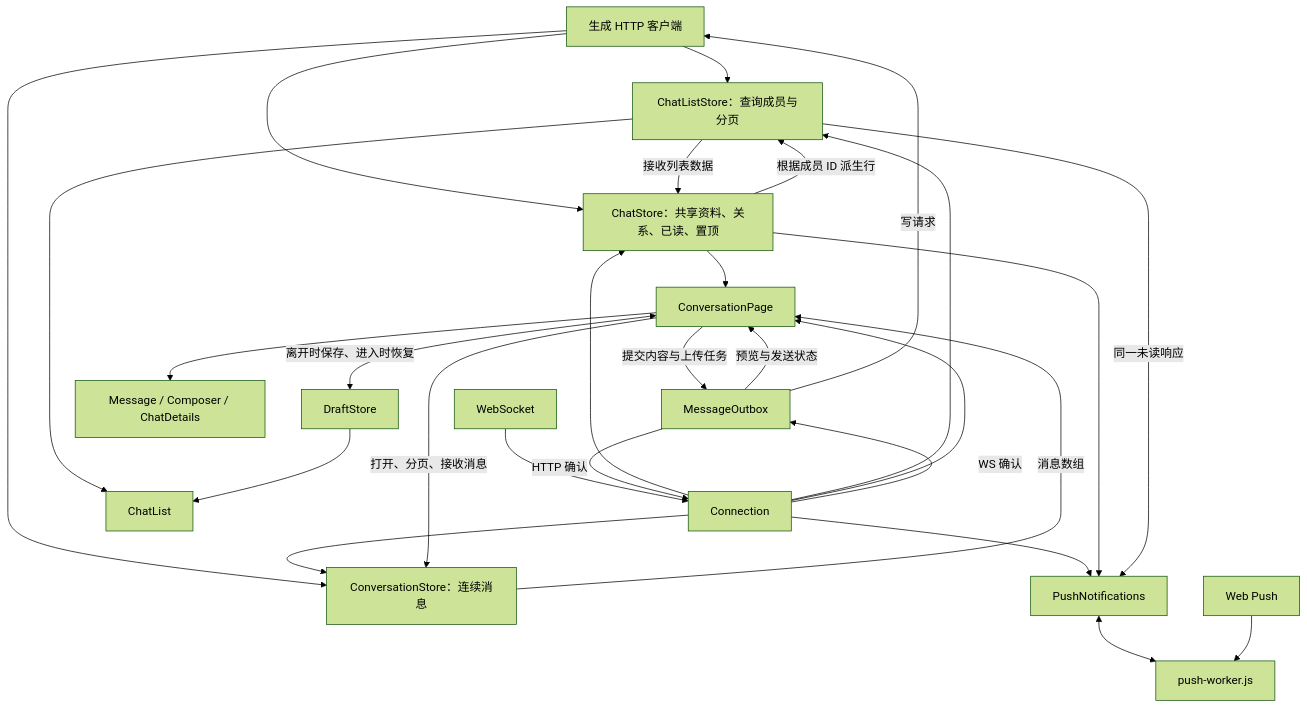
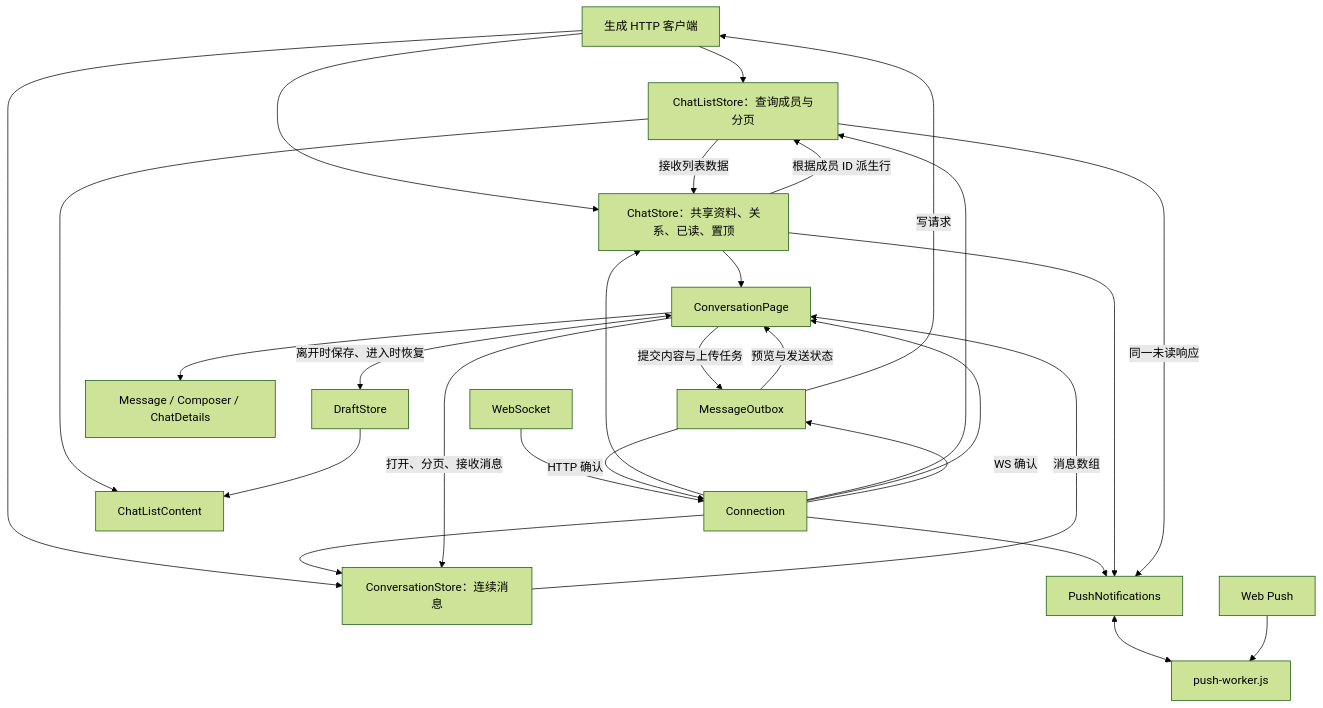
Before and after one commit to chahua-im/chahua: the diagram in pwa/docs/data-flow.md, drawn with Mermaid (forest theme). The commit also changed other lines of this file and 66 other files, not shown here.

````diff
--- a/pwa/docs/data-flow.md
+++ b/pwa/docs/data-flow.md
@@ -24,30 +26,30 @@
 ```mermaid
 flowchart TD
   API[生成 HTTP 客户端] --> LISTS[ChatListStore：查询成员与分页]
   API --> CHAT[ChatStore：共享资料、关系、已读、置顶]
   API --> RANGE[ConversationStore：连续消息]
   WS[WebSocket] --> CONNECTION[Connection]
   CONNECTION --> CHAT
   CONNECTION --> LISTS
   CONNECTION --> RANGE
   CONNECTION --> PAGE[ConversationPage]
   LISTS -->|接收列表数据| CHAT
   CHAT -->|根据成员 ID 派生行| LISTS
-  LISTS --> LIST[ChatList]
+  LISTS --> LIST[ChatListContent]
   CHAT --> PAGE
   PAGE -->|打开、分页、接收消息| RANGE
   RANGE -->|消息数组| PAGE
   PAGE -->|提交内容与上传任务| OUTBOX[MessageOutbox]
   OUTBOX -->|预览与发送状态| PAGE
   OUTBOX -->|写请求| API
   OUTBOX -->|HTTP 确认| CONNECTION
   CONNECTION -->|WS 确认| OUTBOX
   PAGE --> VIEW[Message / Composer / ChatDetails]
   DRAFT[DraftStore] --> LIST
   PAGE <-->|离开时保存、进入时恢复| DRAFT
   CONNECTION --> NOTIFY[PushNotifications]
   CHAT --> NOTIFY
   LISTS -->|同一未读响应| NOTIFY
   NOTIFY <--> WORKER[push-worker.js]
   PUSH[Web Push] --> WORKER
 ```
````
